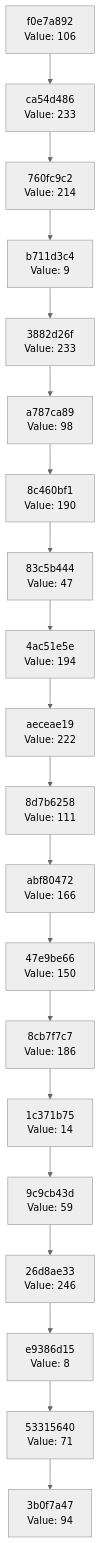
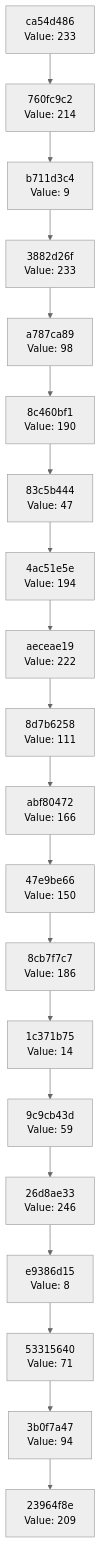
The diagram in docs/CHAIN_VISUALIZATION.md (Abhisheksinha1506/hash-chain-evolver), drawn with Mermaid (neutral theme) before and after one commit. The commit also changed 2 other files, not shown here.

Commit message:
Evolution step: hash 0xD1 → action executed

````diff
--- a/docs/CHAIN_VISUALIZATION.md
+++ b/docs/CHAIN_VISUALIZATION.md
@@ -3,42 +3,42 @@
 ```mermaid
 graph TD
-    C0["3b0f7a47<br/>Value: 94"]
-    C1["53315640<br/>Value: 71"]
+    C0["23964f8e<br/>Value: 209"]
+    C1["3b0f7a47<br/>Value: 94"]
     C1 --> C0
-    C2["e9386d15<br/>Value: 8"]
+    C2["53315640<br/>Value: 71"]
     C2 --> C1
-    C3["26d8ae33<br/>Value: 246"]
+    C3["e9386d15<br/>Value: 8"]
     C3 --> C2
-    C4["9c9cb43d<br/>Value: 59"]
+    C4["26d8ae33<br/>Value: 246"]
     C4 --> C3
-    C5["1c371b75<br/>Value: 14"]
+    C5["9c9cb43d<br/>Value: 59"]
     C5 --> C4
-    C6["8cb7f7c7<br/>Value: 186"]
+    C6["1c371b75<br/>Value: 14"]
     C6 --> C5
-    C7["47e9be66<br/>Value: 150"]
+    C7["8cb7f7c7<br/>Value: 186"]
     C7 --> C6
-    C8["abf80472<br/>Value: 166"]
+    C8["47e9be66<br/>Value: 150"]
     C8 --> C7
-    C9["8d7b6258<br/>Value: 111"]
+    C9["abf80472<br/>Value: 166"]
     C9 --> C8
-    C10["aeceae19<br/>Value: 222"]
+    C10["8d7b6258<br/>Value: 111"]
     C10 --> C9
-    C11["4ac51e5e<br/>Value: 194"]
+    C11["aeceae19<br/>Value: 222"]
     C11 --> C10
-    C12["83c5b444<br/>Value: 47"]
+    C12["4ac51e5e<br/>Value: 194"]
     C12 --> C11
-    C13["8c460bf1<br/>Value: 190"]
+    C13["83c5b444<br/>Value: 47"]
     C13 --> C12
-    C14["a787ca89<br/>Value: 98"]
+    C14["8c460bf1<br/>Value: 190"]
     C14 --> C13
-    C15["3882d26f<br/>Value: 233"]
+    C15["a787ca89<br/>Value: 98"]
     C15 --> C14
-    C16["b711d3c4<br/>Value: 9"]
+    C16["3882d26f<br/>Value: 233"]
     C16 --> C15
-    C17["760fc9c2<br/>Value: 214"]
+    C17["b711d3c4<br/>Value: 9"]
     C17 --> C16
-    C18["ca54d486<br/>Value: 233"]
+    C18["760fc9c2<br/>Value: 214"]
     C18 --> C17
-    C19["f0e7a892<br/>Value: 106"]
+    C19["ca54d486<br/>Value: 233"]
     C19 --> C18
 ```
````
